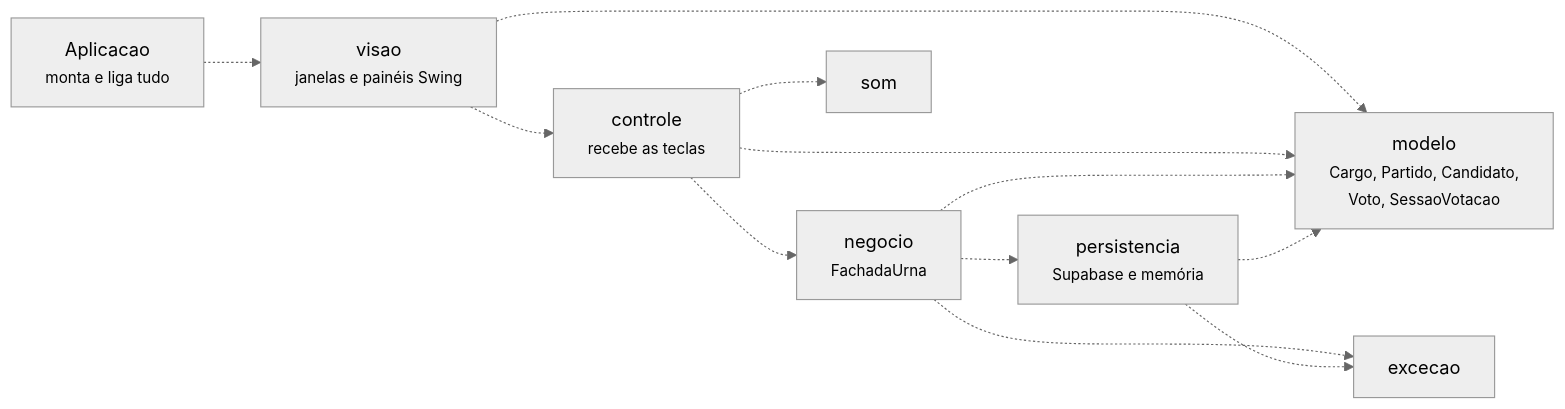
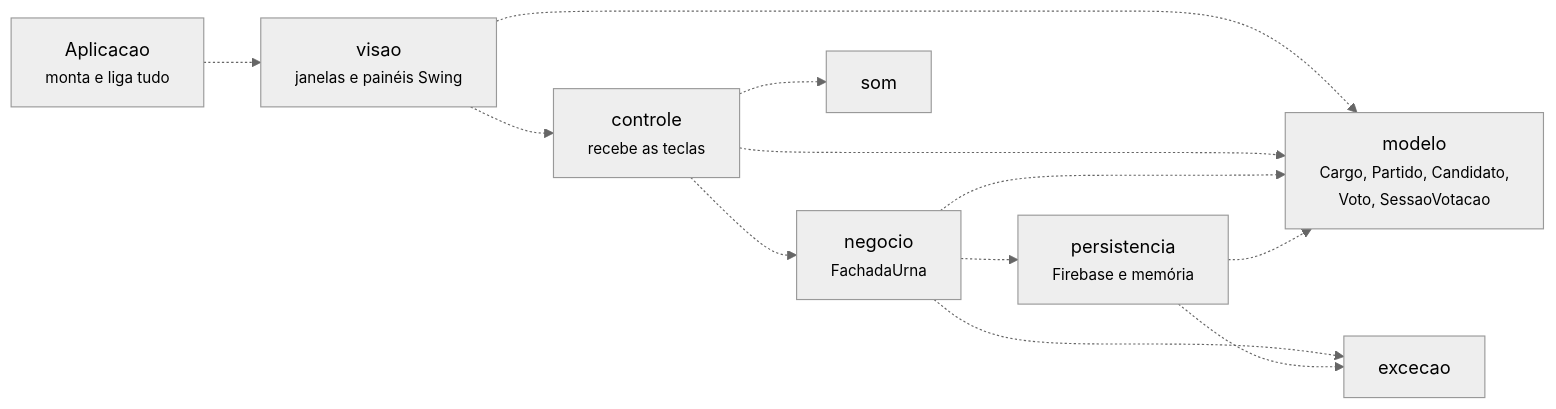
Before and after one commit to joaovsbarros10/urna-eletronica: the diagram in docs/uml/02-pacotes.mmd, drawn with Mermaid (neutral theme). The commit also changed 32 other files, not shown here.

First line of the commit message:
Troca o Supabase pelo Firebase e mostra porcentagem na apuração (versão 2.1)

```diff
--- a/docs/uml/02-pacotes.mmd
+++ b/docs/uml/02-pacotes.mmd
@@ -1,22 +1,22 @@
 %% Pacotes: as dependências descem da visão ao modelo; o modelo não depende de ninguém.
 flowchart LR
     aplicacao["Aplicacao<br/><small>monta e liga tudo</small>"]
     visao["visao<br/><small>janelas e painéis Swing</small>"]
     controle["controle<br/><small>recebe as teclas</small>"]
     negocio["negocio<br/><small>FachadaUrna</small>"]
-    persistencia["persistencia<br/><small>Supabase e memória</small>"]
+    persistencia["persistencia<br/><small>Firebase e memória</small>"]
     modelo["modelo<br/><small>Cargo, Partido, Candidato,<br/>Voto, SessaoVotacao</small>"]
     som["som"]
     excecao["excecao"]
 
     aplicacao -.-> visao
     visao -.-> controle
     visao -.-> modelo
     controle -.-> negocio
     controle -.-> som
     controle -.-> modelo
     negocio -.-> persistencia
     negocio -.-> modelo
     negocio -.-> excecao
     persistencia -.-> modelo
     persistencia -.-> excecao
```
